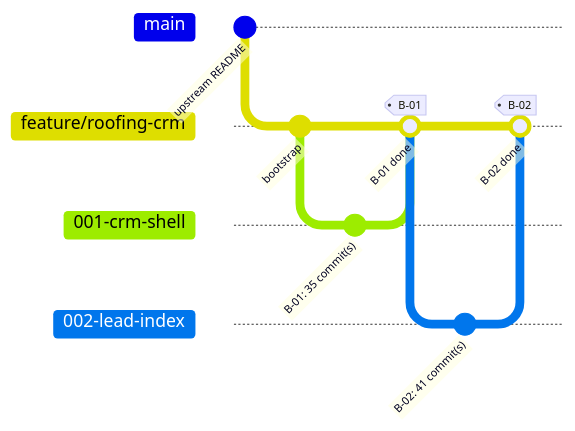
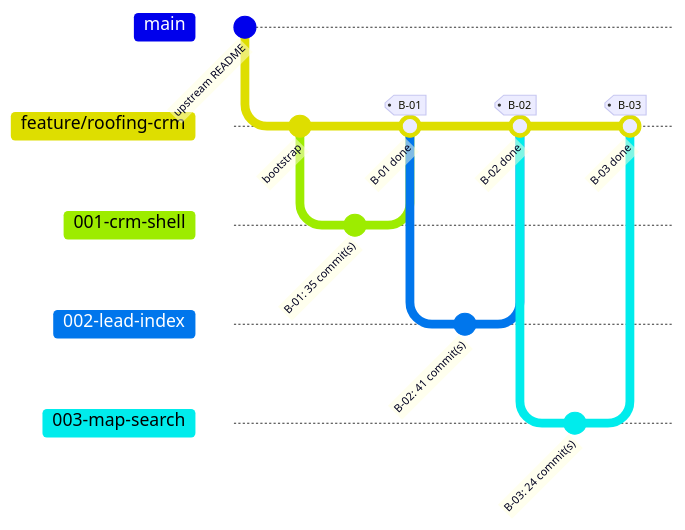
One commit to HebaGaber/roofing-crm changed the second of 2 diagrams in docs/progress.md. Above: the diagram before and after it, drawn with Mermaid. The commit also changed other lines of this file, not shown here.

````diff
--- a/docs/progress.md
+++ b/docs/progress.md
@@ -19,15 +19,19 @@
 ```mermaid
 %%{init: { 'gitGraph': { 'mainBranchName': 'main', 'showCommitLabel': true } } }%%
 gitGraph
   commit id: "upstream README"
   branch "feature/roofing-crm"
   commit id: "bootstrap"
   branch "001-crm-shell"
   commit id: "B-01: 35 commit(s)"
   checkout "feature/roofing-crm"
   merge "001-crm-shell" id: "B-01 done" tag: "B-01"
   branch "002-lead-index"
   commit id: "B-02: 41 commit(s)"
   checkout "feature/roofing-crm"
   merge "002-lead-index" id: "B-02 done" tag: "B-02"
+  branch "003-map-search"
+  commit id: "B-03: 24 commit(s)"
+  checkout "feature/roofing-crm"
+  merge "003-map-search" id: "B-03 done" tag: "B-03"
 ```
````
